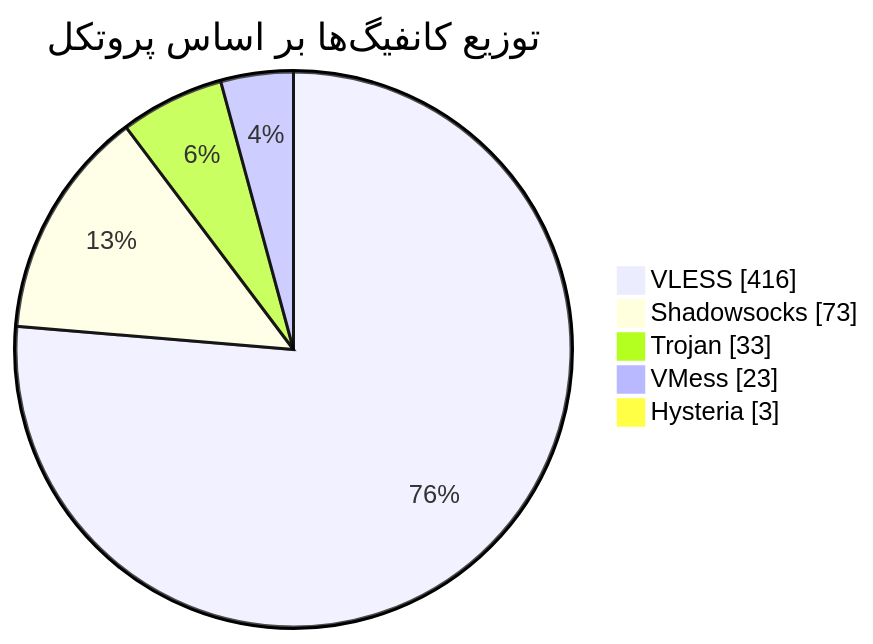
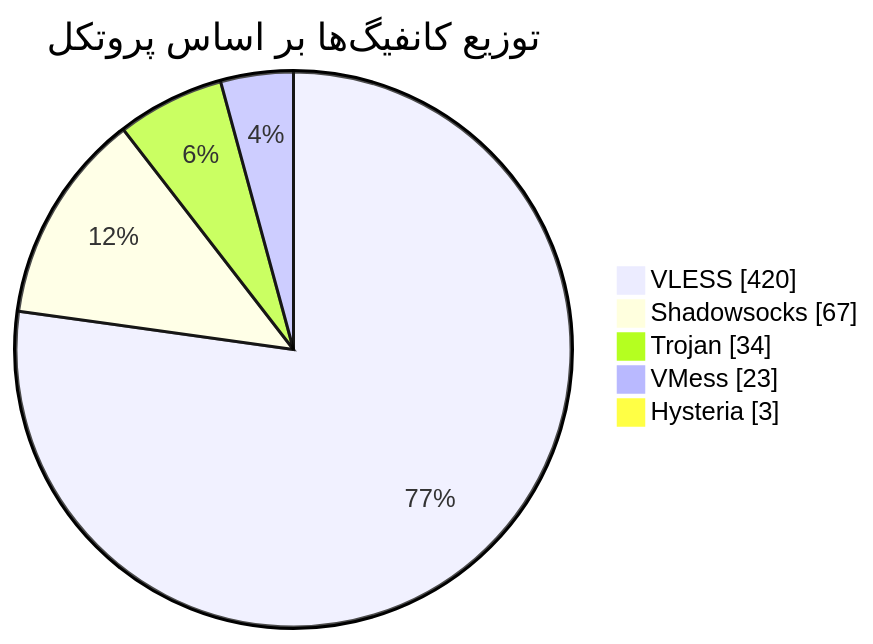
One commit to Arian-Alijani/Somthing changed the diagram in README.md. Above: the diagram before and after it, drawn with Mermaid. The commit also changed other lines of this file and 79 other files, not shown here.

````diff
--- a/README.md
+++ b/README.md
@@ -47,9 +47,9 @@
 ```mermaid
 pie showData
     title توزیع کانفیگ‌ها بر اساس پروتکل
-    "VLESS" : 416
-    "Shadowsocks" : 73
-    "Trojan" : 33
+    "VLESS" : 420
+    "Shadowsocks" : 67
+    "Trojan" : 34
     "VMess" : 23
     "Hysteria" : 3
 ```
````
